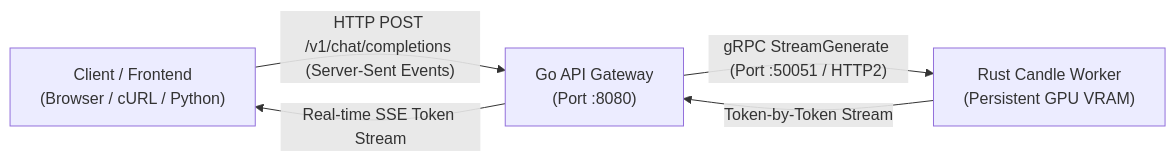
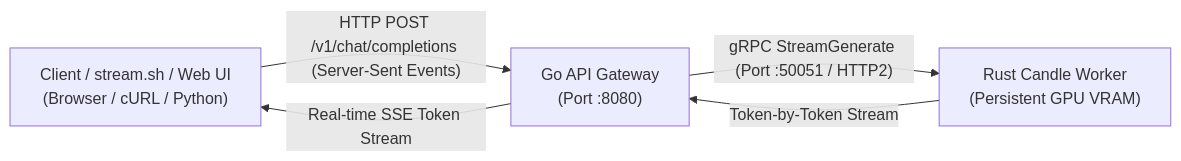
Before and after one commit to jorgeajimenez/oxidizinggemma: the diagram in README.md, drawn with Mermaid. The commit also changed other lines of this file, not shown here.

````diff
--- a/README.md
+++ b/README.md
@@ -20,11 +30,11 @@
 ```mermaid
 flowchart LR
-    Client["Client / Frontend<br/>(Browser / cURL / Python)"]
+    Client["Client / stream.sh / Web UI<br/>(Browser / cURL / Python)"]
     Gateway["Go API Gateway<br/>(Port :8080)"]
     Worker["Rust Candle Worker<br/>(Persistent GPU VRAM)"]
 
     Client -->|"HTTP POST /v1/chat/completions (Server-Sent Events)"| Gateway
     Gateway -->|"gRPC StreamGenerate (Port :50051 / HTTP2)"| Worker
     Worker -->|"Token-by-Token Stream"| Gateway
     Gateway -->|"Real-time SSE Token Stream"| Client
 ```
````
